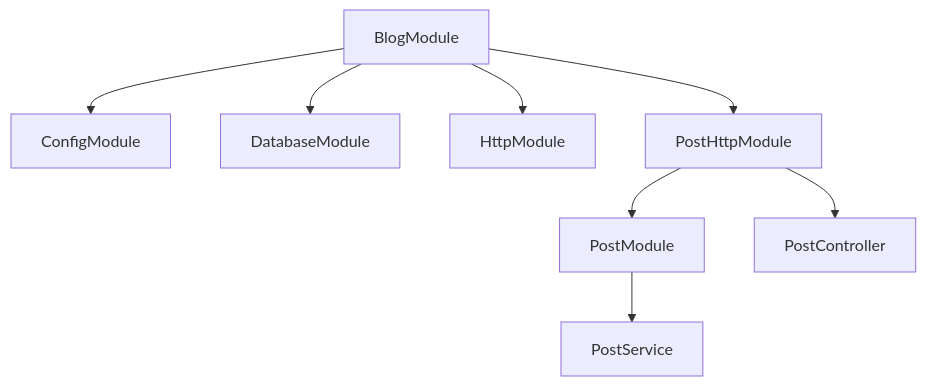
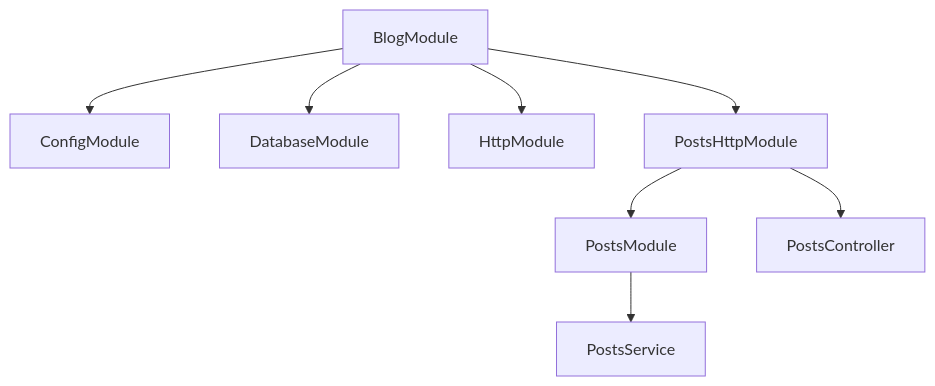
The fourth of 5 diagrams in docs/src/content/docs/fundamentals/modules.mdx (YV17labs/NestRS), drawn with Mermaid before and after one commit. The commit also changed other lines of this file and 27 other files, not shown here.

````diff
--- a/docs/src/content/docs/fundamentals/modules.mdx
+++ b/docs/src/content/docs/fundamentals/modules.mdx
@@ -221,11 +221,11 @@
 ```mermaid
 flowchart TB
   BM[BlogModule]
   BM --> CM[ConfigModule]
   BM --> DM[DatabaseModule]
   BM --> HM[HttpModule]
-  BM --> PHM[PostHttpModule]
-  PHM --> PM[PostModule]
-  PM --> PS[PostService]
-  PHM --> PC[PostController]
+  BM --> PHM[PostsHttpModule]
+  PHM --> PM[PostsModule]
+  PM --> PS[PostsService]
+  PHM --> PC[PostsController]
 ```
````
